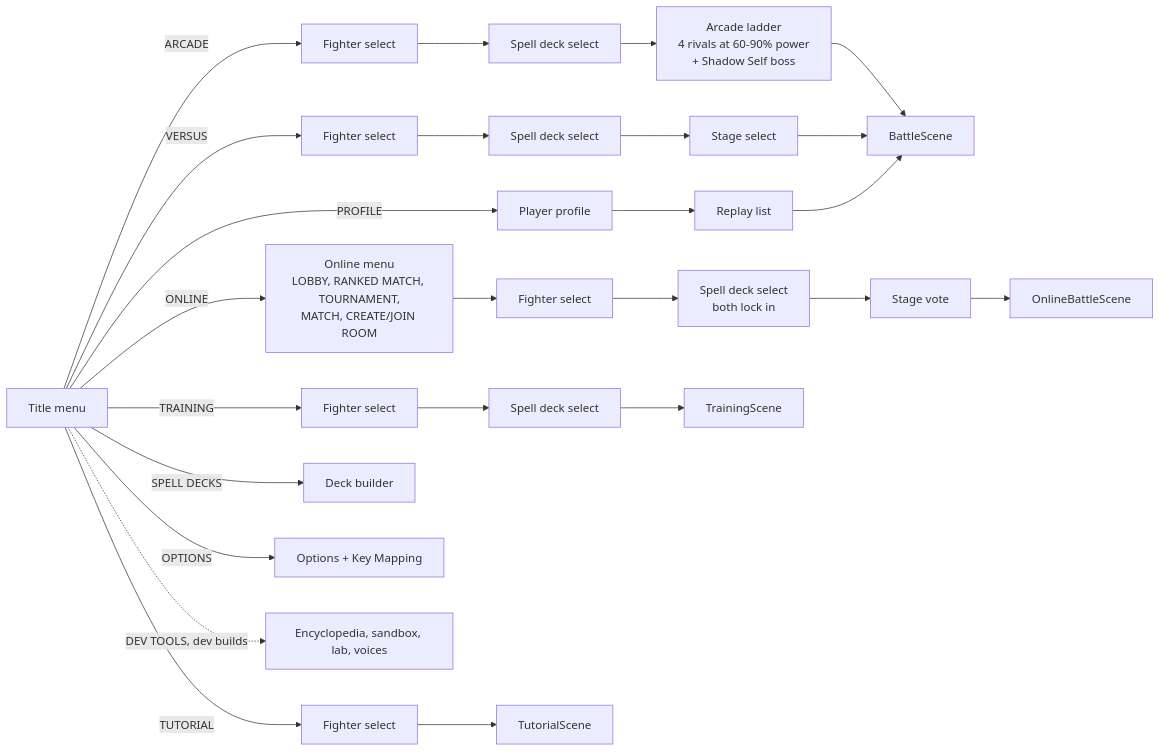
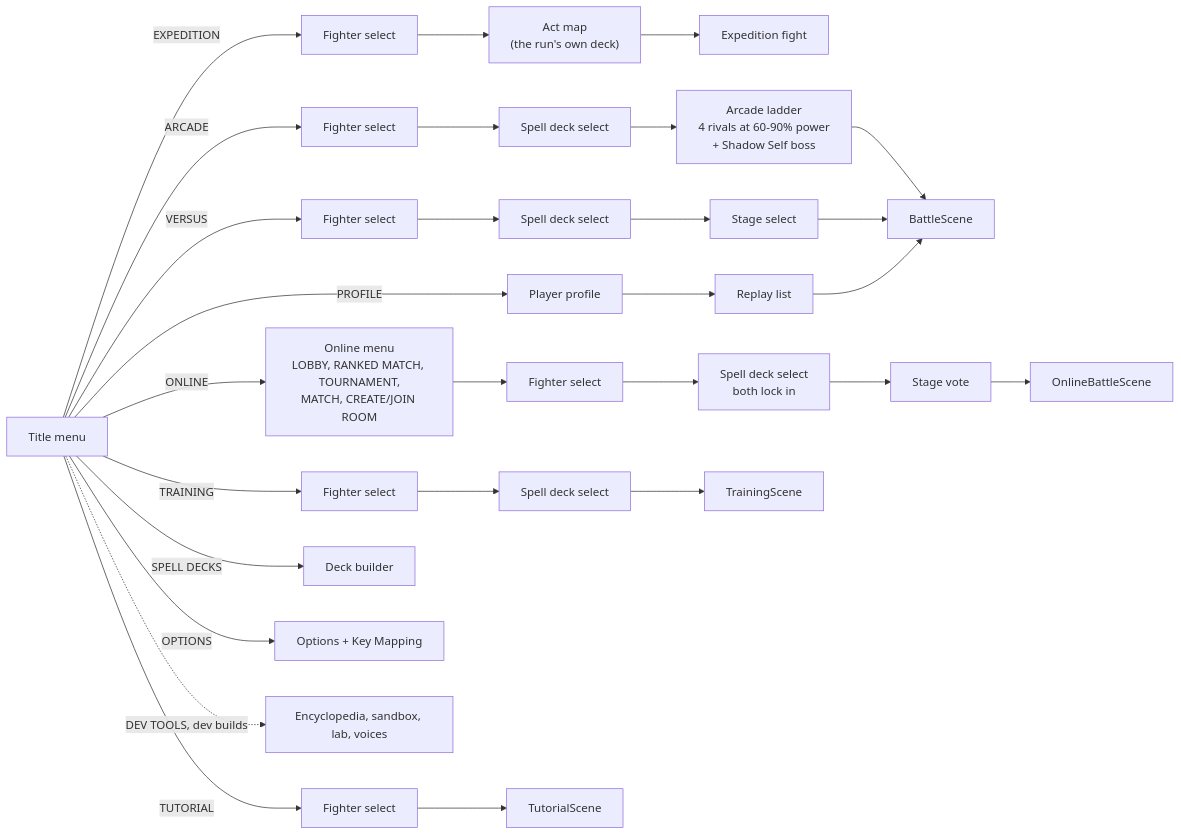
Before and after one commit to WesleyT4N/spell-vs-steel: diagram 12 of 21 in docs/ARCHITECTURE.md, drawn with Mermaid. The commit also changed other lines of this file, not shown here.

First line of the commit message:
Architecture doc: Expedition mode, HD layers, PixelLab fighters, painted backdrops (#107-#110)

````diff
--- a/docs/ARCHITECTURE.md
+++ b/docs/ARCHITECTURE.md
@@ -313,13 +317,14 @@
 ```mermaid
 flowchart LR
   title[Title menu]
+  title -- EXPEDITION --> cs5[Fighter select] --> em["Act map<br/>(the run's own deck)"] --> eb[Expedition fight]
   title -- ARCADE --> cs0[Fighter select] --> dk0[Spell deck select] --> ar["Arcade ladder<br/>4 rivals at 60-90% power<br/>+ Shadow Self boss"] --> bs
   title -- VERSUS --> cs1[Fighter select] --> dk1[Spell deck select] --> ss1[Stage select] --> bs[BattleScene]
   title -- ONLINE --> om["Online menu<br/>LOBBY, RANKED MATCH, TOURNAMENT,<br/>MATCH, CREATE/JOIN ROOM"] --> cs2[Fighter select] --> dk2["Spell deck select<br/>both lock in"] --> ss2[Stage vote] --> ob[OnlineBattleScene]
   title -- PROFILE --> pf[Player profile] --> rp[Replay list] --> bs
   title -- TRAINING --> cs3[Fighter select] --> dk3[Spell deck select] --> tr[TrainingScene]
   title -- TUTORIAL --> cs4[Fighter select] --> tu[TutorialScene]
   title -- SPELL DECKS --> db[Deck builder]
   title -- OPTIONS --> op[Options + Key Mapping]
   title -. DEV TOOLS, dev builds .-> dev[Encyclopedia, sandbox, lab, voices]
 ```
````
